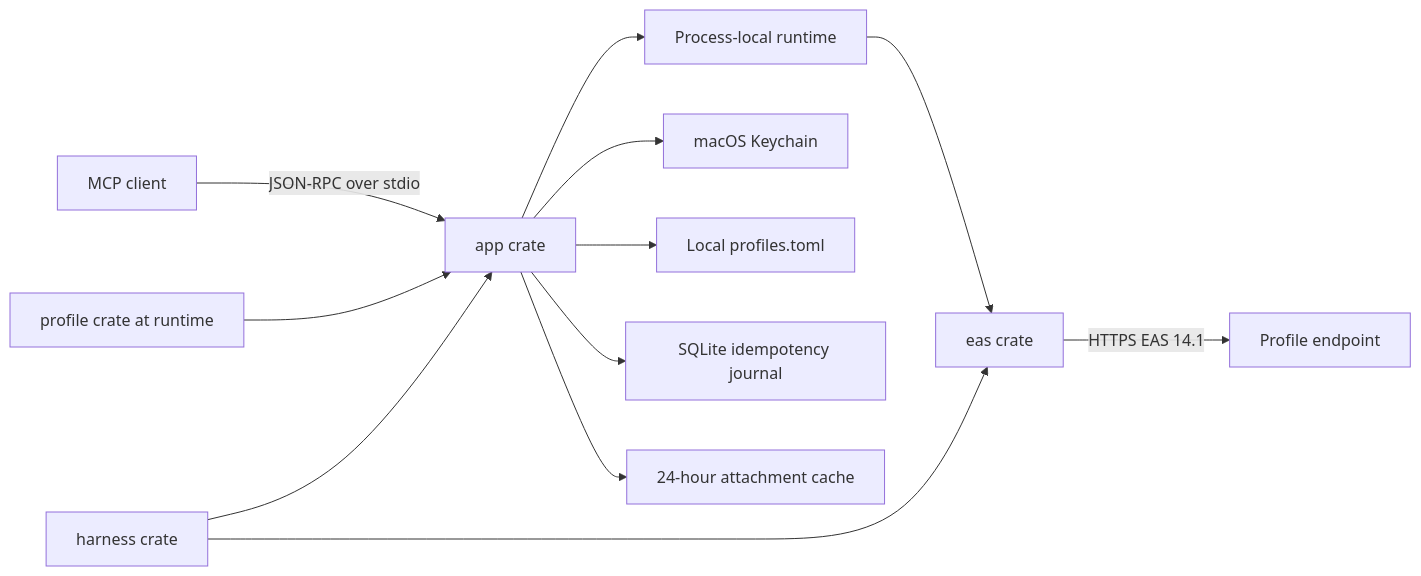
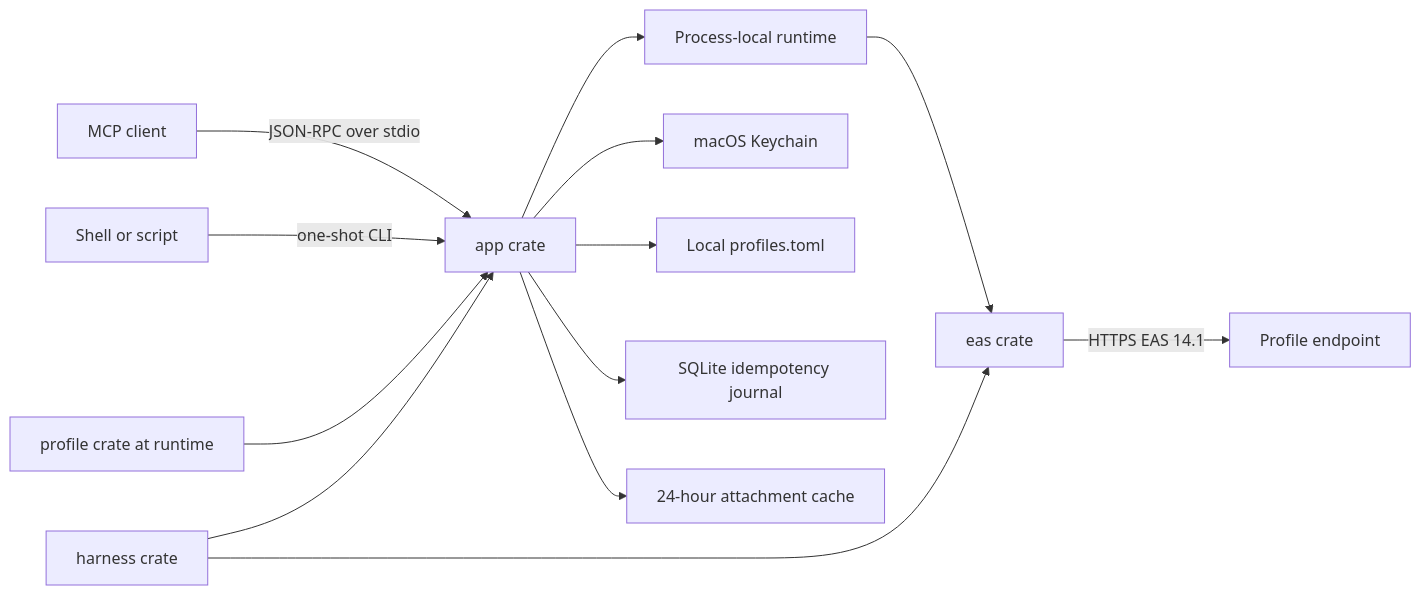
Before and after one commit to Acrom7/eas-mail-mcp: the diagram in docs/architecture.md, drawn with Mermaid. The commit also changed other lines of this file and 49 other files, not shown here.

Commit message:
feat: add one-shot operational CLI

````diff
--- a/docs/architecture.md
+++ b/docs/architecture.md
@@ -5,14 +5,15 @@
 ```mermaid
 flowchart LR
     Client["MCP client"] -->|"JSON-RPC over stdio"| App["app crate"]
+    Shell["Shell or script"] -->|"one-shot CLI"| App
     App --> Runtime["Process-local runtime"]
     Runtime --> Eas["eas crate"]
     Eas -->|"HTTPS EAS 14.1"| Exchange["Profile endpoint"]
     App --> Keychain["macOS Keychain"]
     App --> Profiles["Local profiles.toml"]
     App --> Journal["SQLite idempotency journal"]
     App --> Attachments["24-hour attachment cache"]
     Profile["profile crate at runtime"] --> App
     Harness["harness crate"] --> App
     Harness --> Eas
 ```
````
